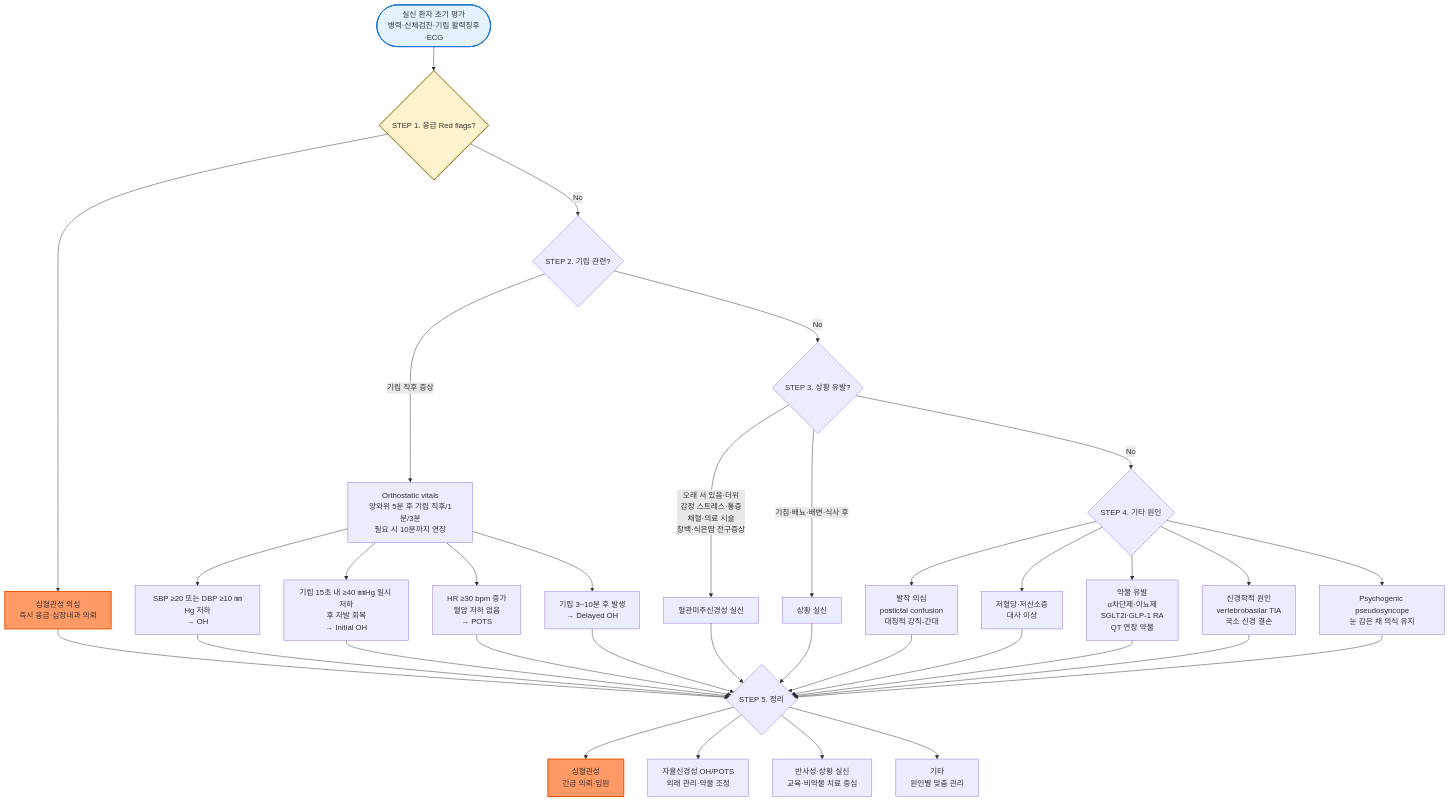
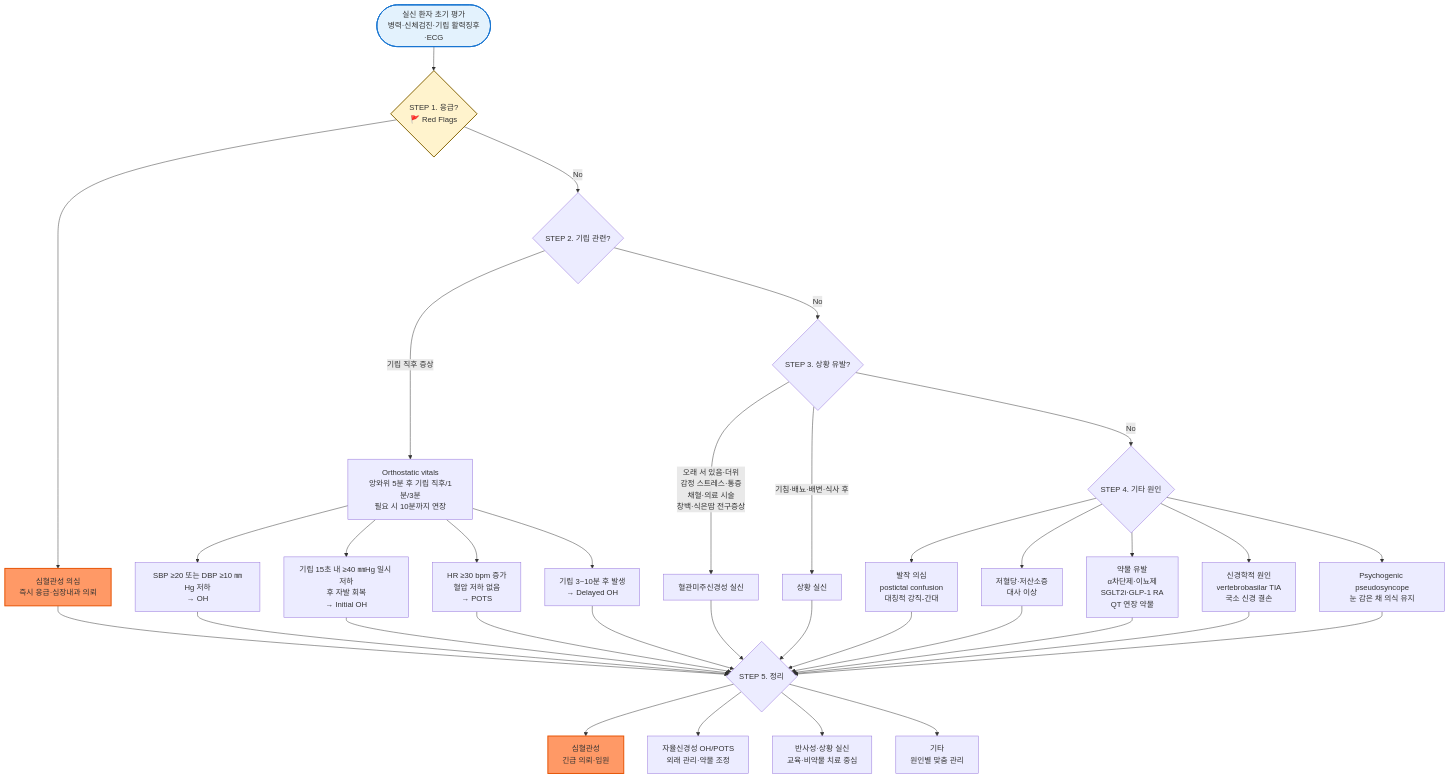
One commit to familyoh77/familyoh77 changed the diagram in 221_/021_-syncope.md. Above: the diagram before and after it, drawn with Mermaid. The commit also changed 1 other file, not shown here.

Commit message:
GITBOOK-714: No subject

````diff
--- a/221_/021_-syncope.md
+++ b/221_/021_-syncope.md
@@ -100,40 +100,40 @@
 ```mermaid
 graph TD
-    Start([실신 환자 초기 평가<br/>병력·신체검진·기립 활력징후·ECG]) --> S1{STEP 1. 응급  Red flags?}
+    Start([실신 환자 초기 평가<br/>병력·신체검진·기립 활력징후·ECG]) --> S1{STEP 1. 응급?<br/>🚩 Red Flags}
     S1 --> Cardiac[심혈관성 의심<br/>즉시 응급·심장내과 의뢰]
     S1 -->|No| S2{STEP 2. 기립 관련?}
     S2 -->|기립 직후 증상| OVital[Orthostatic vitals<br/>앙와위 5분 후 기립 직후/1분/3분<br/>필요 시 10분까지 연장]
     OVital --> OH_BP[SBP ≥20 또는 DBP ≥10 ㎜Hg 저하<br/>→ OH]
     OVital --> OH_Init[기립 15초 내 ≥40 ㎜Hg 일시 저하<br/>후 자발 회복<br/>→ Initial OH]
     OVital --> POTS[HR ≥30 bpm 증가<br/>혈압 저하 없음<br/>→ POTS]
     OVital --> Delayed[기립 3~10분 후 발생<br/>→ Delayed OH]
     S2 -->|No| S3{STEP 3. 상황 유발?}
     S3 -->|오래 서 있음·더위<br/>감정 스트레스·통증<br/>채혈·의료 시술<br/>창백·식은땀 전구증상| Vasovagal[혈관미주신경성 실신]
     S3 -->|기침·배뇨·배변·식사 후| Situational[상황 실신]
     S3 -->|No| S4{STEP 4. 기타 원인}
     S4 --> Seizure[발작 의심<br/>postictal confusion<br/>대칭적 강직-간대]
     S4 --> Metabolic[저혈당·저산소증<br/>대사 이상]
     S4 --> Drug[약물 유발<br/>α차단제·이뇨제<br/>SGLT2i·GLP-1 RA<br/>QT 연장 약물]
     S4 --> Neuro[신경학적 원인<br/>vertebrobasilar TIA<br/>국소 신경 결손]
     S4 --> Psych[Psychogenic pseudosyncope<br/>눈 감은 채 의식 유지]
     Cardiac --> Plan{STEP 5. 정리}
     OH_BP --> Plan
     OH_Init --> Plan
     POTS --> Plan
     Delayed --> Plan
     Vasovagal --> Plan
     Situational --> Plan
     Seizure --> Plan
     Metabolic --> Plan
     Drug --> Plan
     Neuro --> Plan
     Psych --> Plan
     Plan --> PlanCardiac[심혈관성<br/>긴급 의뢰·입원]
     Plan --> PlanAuto[자율신경성 OH/POTS<br/>외래 관리·약물 조정]
     Plan --> PlanReflex[반사성·상황 실신<br/>교육·비약물 치료 중심]
     Plan --> PlanOther[기타<br/>원인별 맞춤 관리]
     style Cardiac fill:#f96,stroke:#e65100,stroke-width:2px
     style PlanCardiac fill:#f96,stroke:#e65100,stroke-width:2px
     style S1 fill:#fff3cd,stroke:#856404,stroke-width:2px
     style Start fill:#e3f2fd,stroke:#1976d2,stroke-width:2px
 ```
````
